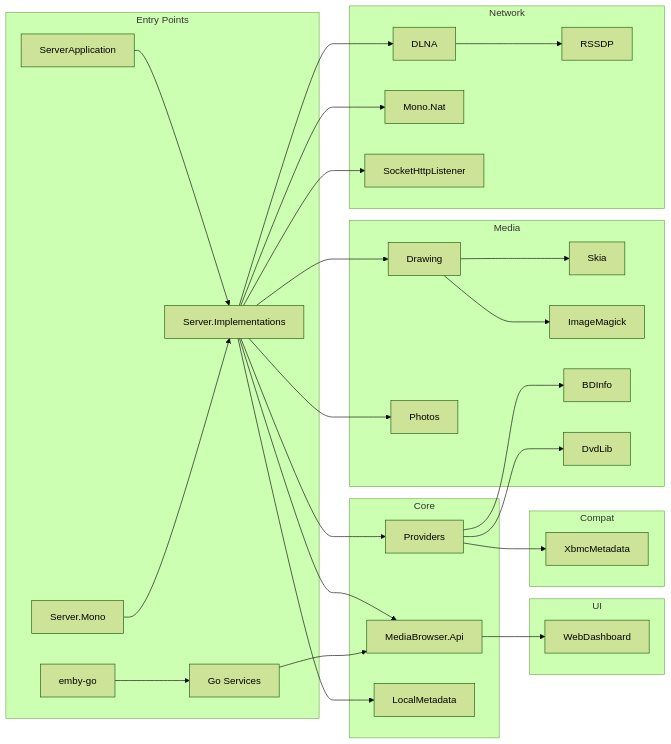
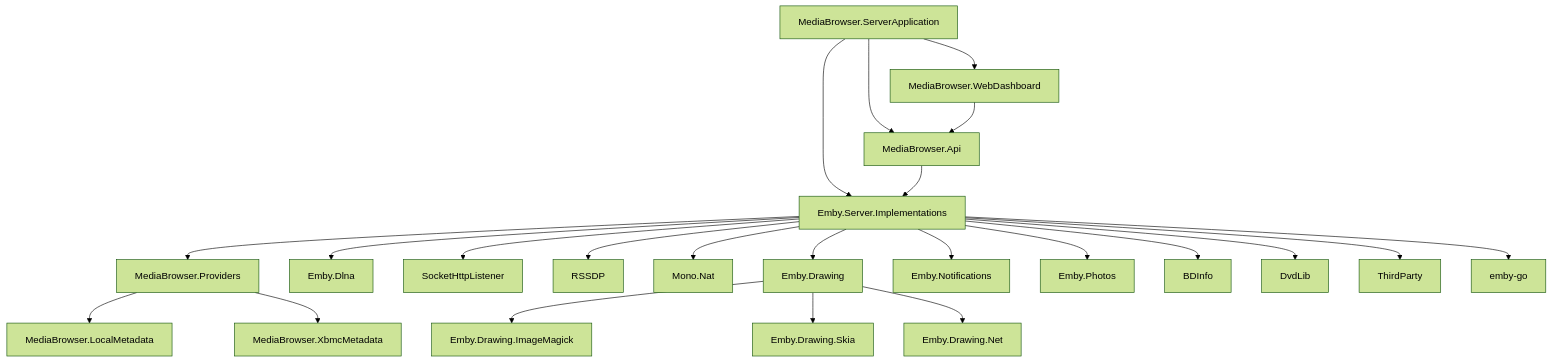
Before and after one commit to marklapointe/Emby: the diagram in .discovery/TOC.md, drawn with Mermaid (forest theme). The commit also changed other lines of this file and 1 other file, not shown here.

````diff
--- a/.discovery/TOC.md
+++ b/.discovery/TOC.md
@@ -79,39 +110,25 @@
 ```mermaid
-graph LR
-    subgraph "Entry Points"
-        A[ServerApplication] --> B[Server.Implementations]
-        C[Server.Mono] --> B
-        D[emby-go] --> E[Go Services]
-    end
-
-    subgraph "Core"
-        B --> F[MediaBrowser.Api]
-        B --> G[Providers]
-        B --> H[LocalMetadata]
-        E --> F
-    end
-
-    subgraph "Media"
-        B --> I[Drawing]
-        I --> J[Skia]
-        I --> K[ImageMagick]
-        B --> L[Photos]
-        G --> M[BDInfo]
-        G --> N[DvdLib]
-    end
-
-    subgraph "Network"
-        B --> O[DLNA]
-        O --> P[RSSDP]
-        B --> Q[Mono.Nat]
-        B --> R[SocketHttpListener]
-    end
-
-    subgraph "UI"
-        F --> S[WebDashboard]
-    end
-
-    subgraph "Compat"
-        G --> T[XbmcMetadata]
-    end
+graph TD
+    A[MediaBrowser.ServerApplication] --> B[Emby.Server.Implementations]
+    A --> C[MediaBrowser.Api]
+    A --> D[MediaBrowser.WebDashboard]
+    B --> E[MediaBrowser.Providers]
+    B --> F[Emby.Dlna]
+    B --> G[SocketHttpListener]
+    B --> H[RSSDP]
+    B --> I[Mono.Nat]
+    B --> J[Emby.Drawing]
+    B --> K[Emby.Notifications]
+    B --> L[Emby.Photos]
+    C --> B
+    D --> C
+    E --> M[MediaBrowser.LocalMetadata]
+    E --> N[MediaBrowser.XbmcMetadata]
+    J --> O[Emby.Drawing.ImageMagick]
+    J --> P[Emby.Drawing.Skia]
+    J --> Q[Emby.Drawing.Net]
+    B --> R[BDInfo]
+    B --> S[DvdLib]
+    B --> T[ThirdParty]
+    B --> U[emby-go]
 ```
````
